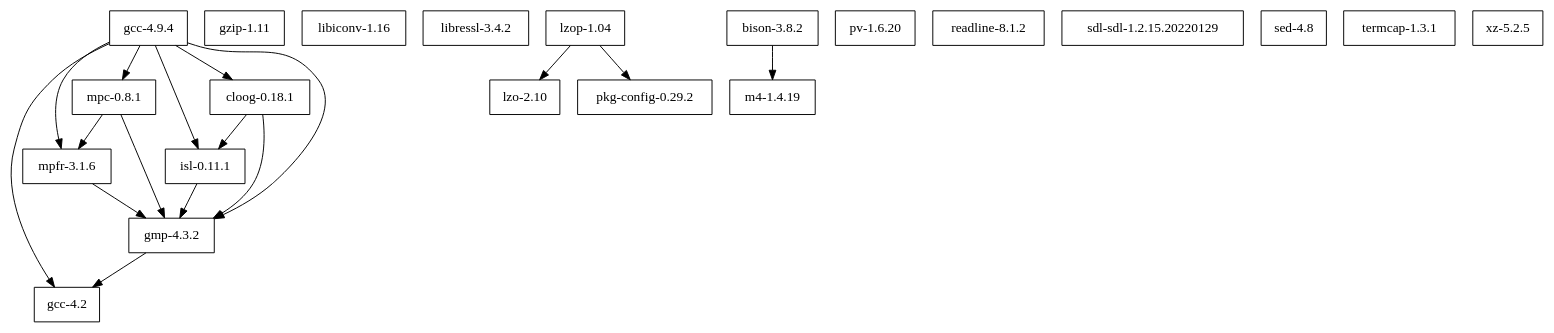
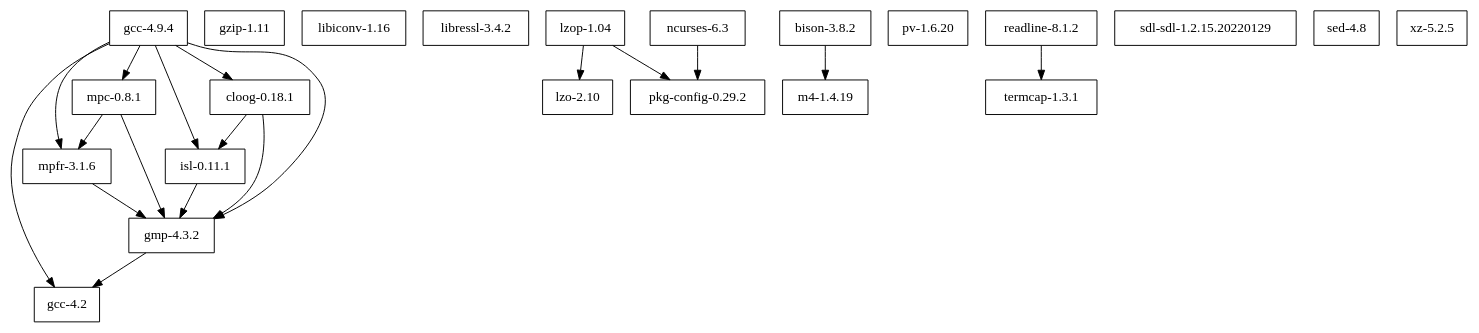
Before and after one commit to cellularmitosis/leopard.sh: the diagram in leopardsh/deps/dependencies.dot, drawn with Graphviz. The commit also changed 18 other files, not shown here.

```diff
--- a/leopardsh/deps/dependencies.dot
+++ b/leopardsh/deps/dependencies.dot
@@ -1,39 +1,43 @@
 digraph mygraph {
 node [shape=box];
 
 "gcc-4.2"
 "gzip-1.11"
 "libiconv-1.16"
 "libressl-3.4.2"
 "lzo-2.10"
 "m4-1.4.19"
 "pkg-config-0.29.2"
+"ncurses-6.3"
 "pv-1.6.20"
 "readline-8.1.2"
 "sdl-sdl-1.2.15.20220129"
 "sed-4.8"
 "termcap-1.3.1"
 "xz-5.2.5"
 
 "bison-3.8.2" -> "m4-1.4.19"
 "gmp-4.3.2" -> "gcc-4.2"
 "lzop-1.04" -> "lzo-2.10"
 "lzop-1.04" -> "pkg-config-0.29.2"
+"ncurses-6.3" -> "pkg-config-0.29.2"
+"readline-8.1.2" -> "termcap-1.3.1"
 
 "mpfr-3.1.6" -> "gmp-4.3.2"
 "isl-0.11.1" -> "gmp-4.3.2"
 
 "mpc-0.8.1" -> "gmp-4.3.2"
 "mpc-0.8.1" -> "mpfr-3.1.6"
 
 "cloog-0.18.1" -> "gmp-4.3.2"
 "cloog-0.18.1" -> "isl-0.11.1"
 
 "gcc-4.9.4" -> "gcc-4.2"
 "gcc-4.9.4" -> "gmp-4.3.2"
 "gcc-4.9.4" -> "mpfr-3.1.6"
 "gcc-4.9.4" -> "mpc-0.8.1"
 "gcc-4.9.4" -> "isl-0.11.1"
 "gcc-4.9.4" -> "cloog-0.18.1"
 
+
 }
```
